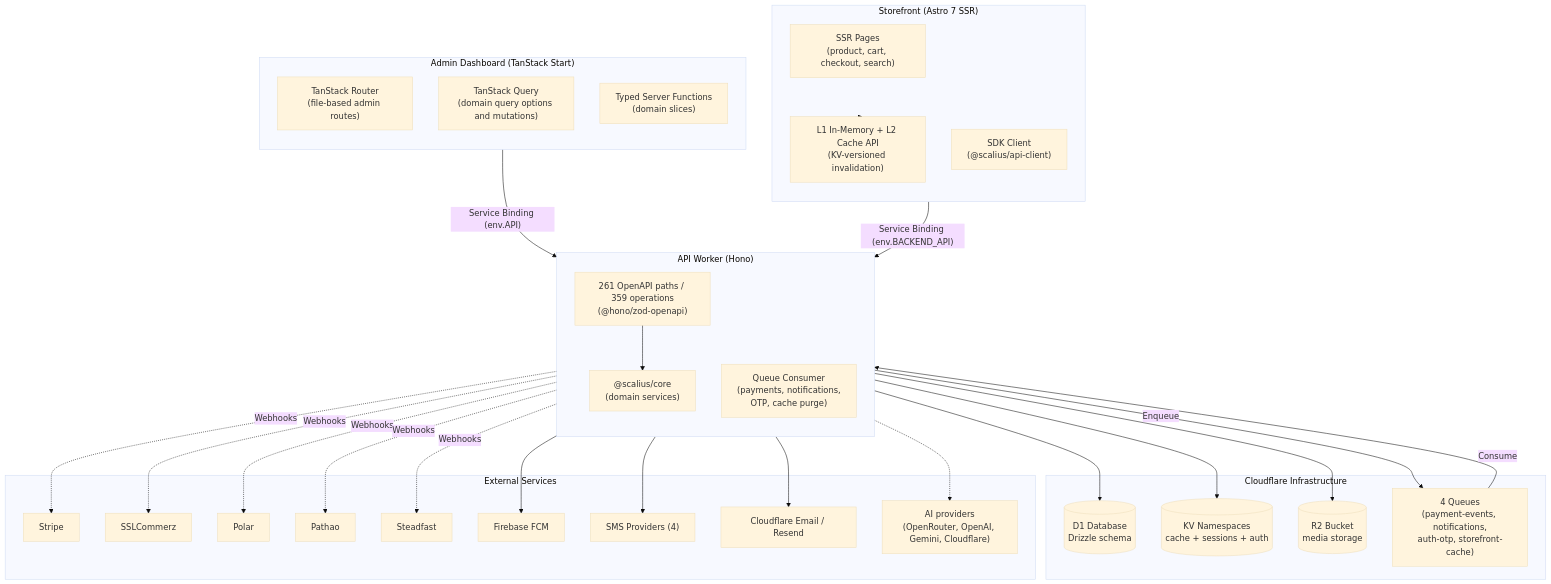
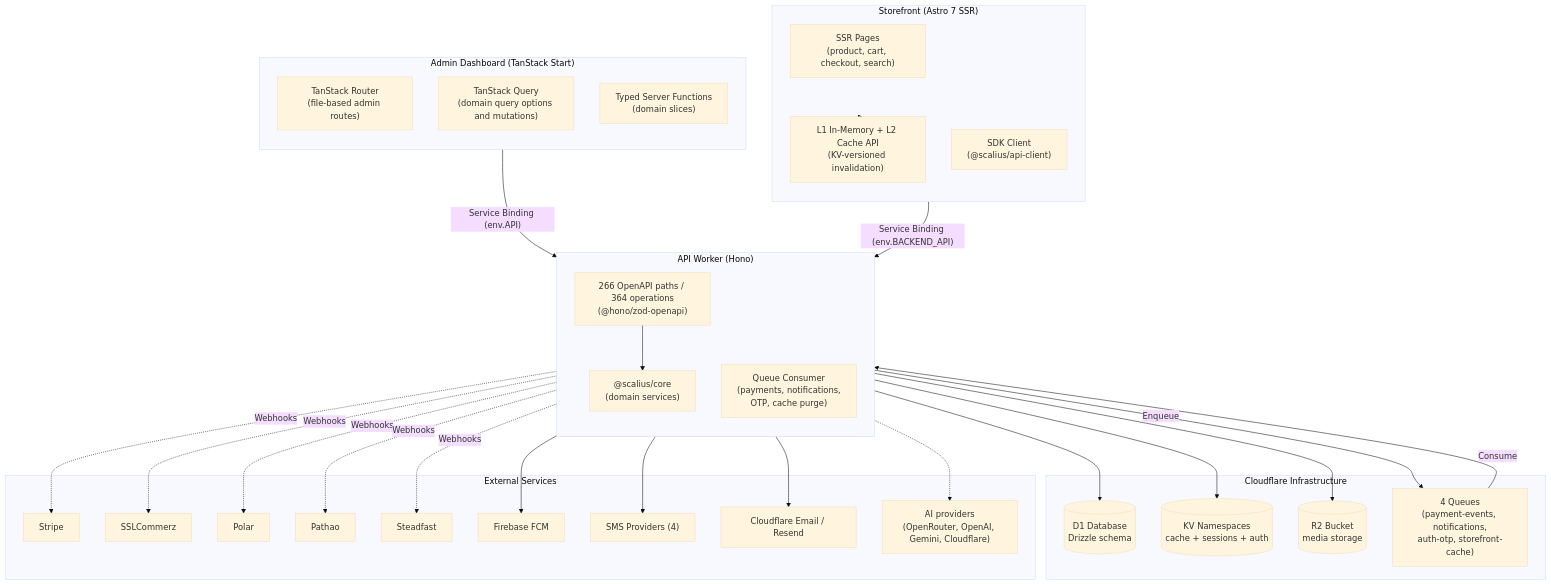
Before and after one commit to scaliuslabs/scalius-commerce-lite: the first of 3 diagrams in README.md, drawn with Mermaid (base theme). The commit also changed other lines of this file and 21 other files, not shown here.

````diff
--- a/README.md
+++ b/README.md
@@ -87,62 +87,62 @@
 ```mermaid
 flowchart TB
     subgraph AdminV2 ["Admin Dashboard (TanStack Start)"]
         direction TB
         TSRouter["TanStack Router<br/>(file-based admin routes)"]
         TSQuery["TanStack Query<br/>(domain query options and mutations)"]
         ServerFns["Typed Server Functions<br/>(domain slices)"]
     end
 
     subgraph Storefront ["Storefront (Astro 7 SSR)"]
         direction TB
         AstroPages["SSR Pages<br/>(product, cart, checkout, search)"]
         EdgeCache["L1 In-Memory + L2 Cache API<br/>(KV-versioned invalidation)"]
         SDKClient["SDK Client<br/>(@scalius/api-client)"]
     end
 
     subgraph API ["API Worker (Hono)"]
         direction TB
-        HonoApp["261 OpenAPI paths / 359 operations<br/>(@hono/zod-openapi)"]
+        HonoApp["266 OpenAPI paths / 364 operations<br/>(@hono/zod-openapi)"]
         QueueConsumer["Queue Consumer<br/>(payments, notifications,<br/>OTP, cache purge)"]
         CoreModules["@scalius/core<br/>(domain services)"]
     end
 
     subgraph Infra ["Cloudflare Infrastructure"]
         D1[(D1 Database<br/>Drizzle schema)]
         KV[(KV Namespaces<br/>cache + sessions + auth)]
         R2[(R2 Bucket<br/>media storage)]
         Queues["4 Queues<br/>(payment-events, notifications,<br/>auth-otp, storefront-cache)"]
     end
 
     subgraph External ["External Services"]
         Stripe["Stripe"]
         SSLCommerz["SSLCommerz"]
         Polar["Polar"]
         Pathao["Pathao"]
         Steadfast["Steadfast"]
         Firebase["Firebase FCM"]
         SMS["SMS Providers (4)"]
         EmailProvider["Cloudflare Email / Resend"]
         AIProviders["AI providers<br/>(OpenRouter, OpenAI, Gemini, Cloudflare)"]
     end
 
     AdminV2 -->|"Service Binding (env.API)"| API
     Storefront -->|"Service Binding (env.BACKEND_API)"| API
     API --> D1
     API --> KV
     API --> R2
     API -->|Enqueue| Queues
     Queues -->|Consume| QueueConsumer
     QueueConsumer --> Firebase
     QueueConsumer --> SMS
     QueueConsumer --> EmailProvider
     HonoApp --> CoreModules
     Storefront --> EdgeCache
 
     API -.->|Webhooks| Stripe
     API -.->|Webhooks| SSLCommerz
     API -.->|Webhooks| Polar
     API -.->|Webhooks| Pathao
     API -.->|Webhooks| Steadfast
     API -.-> AIProviders
 ```
````
